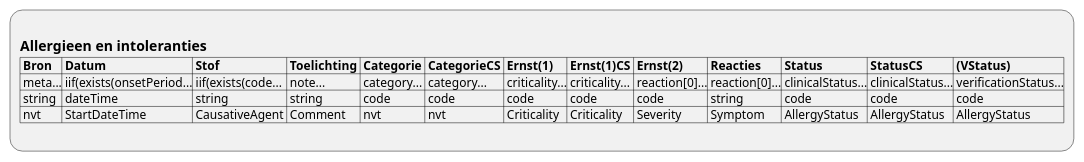
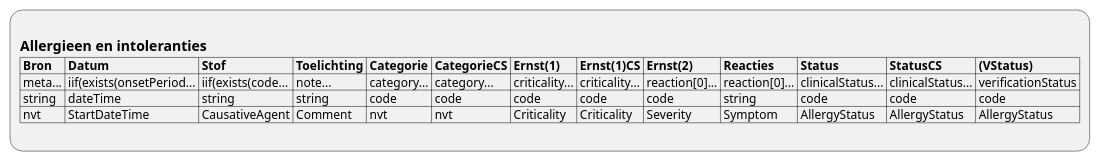
One commit to RIVO-Noord/zorgviewer-ig changed the diagram in input/images-source/ViewDefinition-AllergyIntolerance.plantuml. Above: the diagram before and after it, drawn with PlantUML. The commit also changed 13 other files, not shown here.

```diff
--- a/input/images-source/ViewDefinition-AllergyIntolerance.plantuml
+++ b/input/images-source/ViewDefinition-AllergyIntolerance.plantuml
@@ -1,9 +1,9 @@
 @startuml ViewDefinition-AllergyIntolerance
 :
 == Allergieen en intoleranties
 |= Bron |= Datum |= Stof |= Toelichting |= Categorie |= CategorieCS |= Ernst(1) |= Ernst(1)CS |= Ernst(2) |= Reacties |= Status |= StatusCS |= (VStatus) |
-| meta...| iif(exists(onsetPeriod...| iif(exists(code...| note...| category...| category...| criticality...| criticality...| reaction[0]...| reaction[0]...| clinicalStatus...| clinicalStatus...| verificationStatus...|
+| meta... | iif(exists(onsetPeriod... | iif(exists(code... | note... | category... | category... | criticality... | criticality... | reaction[0]... | reaction[0]... | clinicalStatus... | clinicalStatus... | verificationStatus |
 | string | dateTime | string | string | code | code | code | code | code | string | code | code | code |
 | nvt | StartDateTime | CausativeAgent | Comment | nvt | nvt | Criticality | Criticality | Severity | Symptom | AllergyStatus | AllergyStatus | AllergyStatus |
 ;
 @enduml
```
